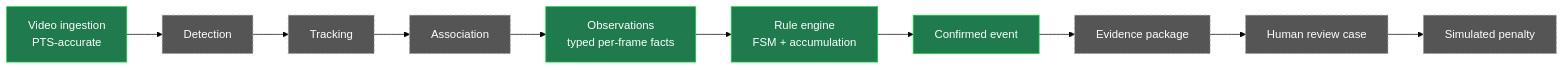
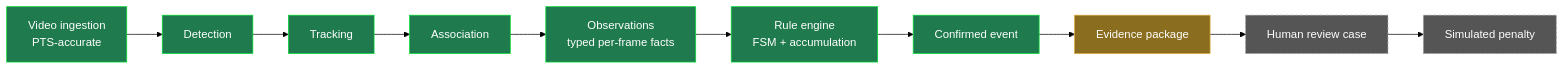
The diagram in README.md (nvragnstdecember/TrafficPulse), drawn with Mermaid (forest theme) before and after one commit. The commit also changed other lines of this file and 1 other file, not shown here.

````diff
--- a/README.md
+++ b/README.md
@@ -61,17 +76,19 @@
 ```mermaid
 flowchart LR
     V[Video ingestion<br/>PTS-accurate] --> D[Detection]
     D --> T[Tracking]
     T --> A[Association]
     A --> O[Observations<br/>typed per-frame facts]
     O --> R[Rule engine<br/>FSM + accumulation]
     R --> E[Confirmed event]
     E --> EV[Evidence package]
     EV --> RC[Human review case]
     RC --> P[Simulated penalty]
 
     classDef done fill:#1f7a4d,stroke:#0d3,color:#fff;
+    classDef partial fill:#8a6d1f,stroke:#d9a637,color:#fff;
     classDef todo fill:#555,stroke:#999,color:#fff,stroke-dasharray:4 3;
-    class V,O,R,E done;
-    class D,T,A,EV,RC,P todo;
+    class V,D,T,A,O,R,E done;
+    class EV partial;
+    class RC,P todo;
 ```
````
